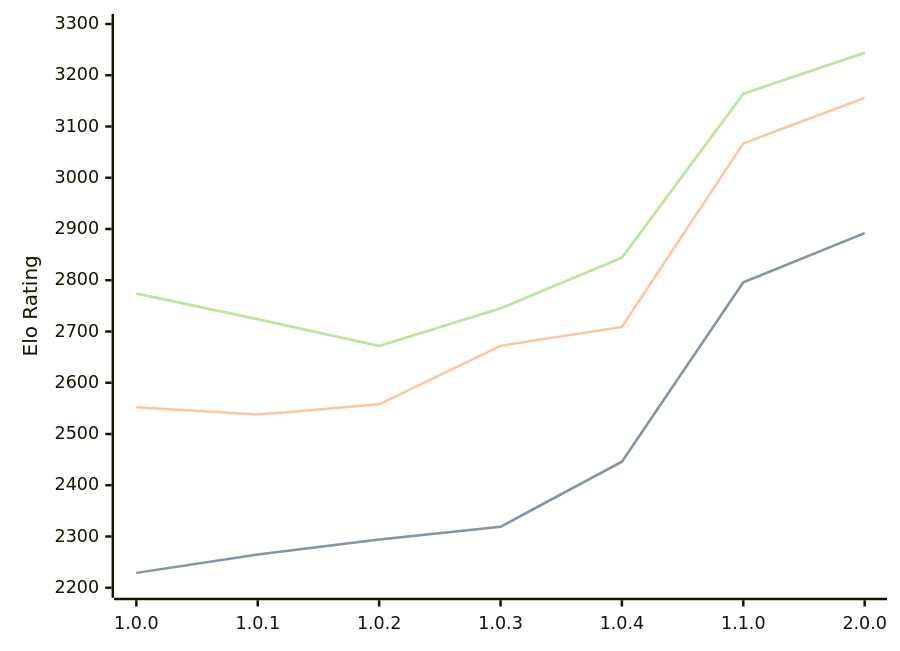
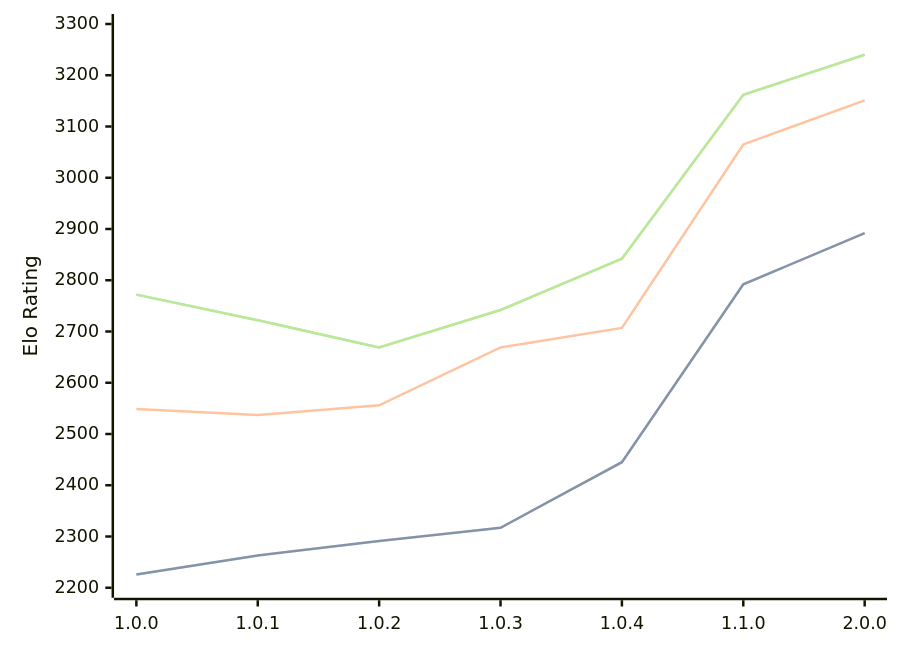
Before and after one commit to computer-chess-index/cci: the diagram in engines/Grail.md, drawn with Mermaid. The commit also changed other lines of this file, not shown here.

Commit message:
Update CCI Ratings (ELO VLTC) - 2026-06-08

````diff
--- a/engines/Grail.md
+++ b/engines/Grail.md
@@ -37,11 +37,11 @@
 ```mermaid
 %%{init: {"theme":"base","themeVariables":{"seriesColors:['#a3a3a3','#222221','#faa371']}}}%%
 xychart-beta
   x-axis ["1.0.0", "1.0.1", "1.0.2", "1.0.3", "1.0.4", "1.1.0", "2.0.0"]
   y-axis "Elo Rating" 2200 --> 3300
-  line "STC (8.0+0.08s)" [2229, 2265, 2294, 2319, 2446, 2796, 2892]
-  line "STC (8.0+0.08s)" [2229, 2265, 2294, 2319, 2446, 2796, 2892]
-  line "LTC (60.0+0.60s)" [2552, 2538, 2558, 2672, 2709, 3067, 3156]
-  line "VLTC (2m24s+1.12s)" [2774, 2724, 2672, 2745, 2844, 3164, 3244]
-  line "VLTC (2m24s+1.12s)" [2774, 2724, 2672, 2745, 2844, 3164, 3244]
+  line "STC (8.0+0.08s)" [2226, 2263, 2291, 2317, 2445, 2792, 2892]
+  line "STC (8.0+0.08s)" [2226, 2263, 2291, 2317, 2445, 2792, 2892]
+  line "LTC (60.0+0.60s)" [2549, 2537, 2556, 2669, 2707, 3065, 3151]
+  line "VLTC (2m24s+1.12s)" [2772, 2722, 2669, 2742, 2842, 3162, 3240]
+  line "VLTC (2m24s+1.12s)" [2772, 2722, 2669, 2742, 2842, 3162, 3240]
 ```
````
